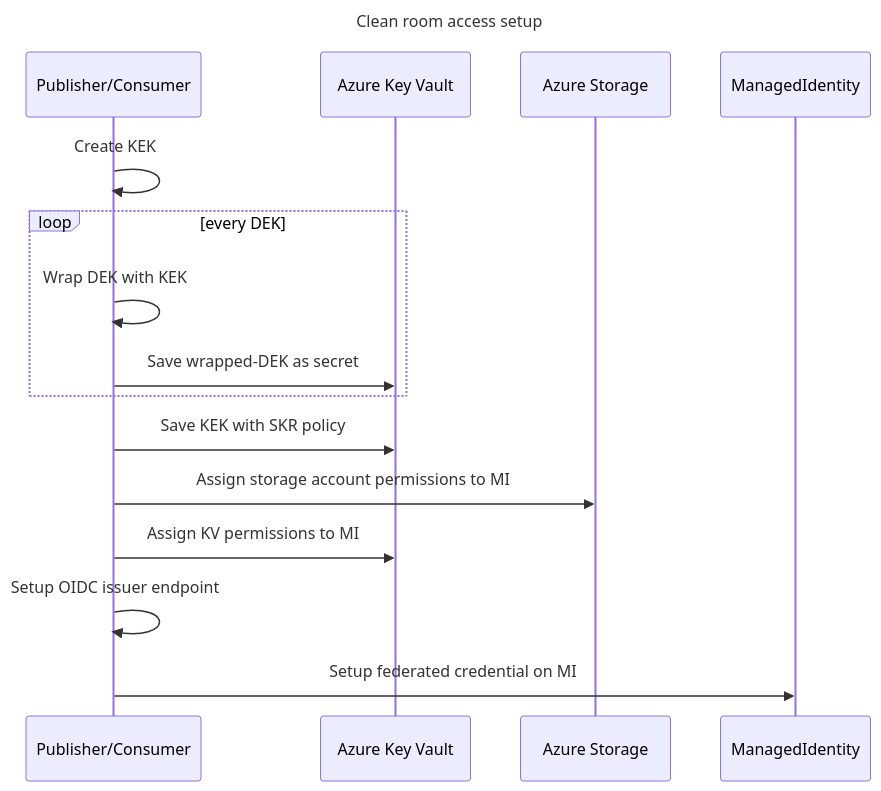
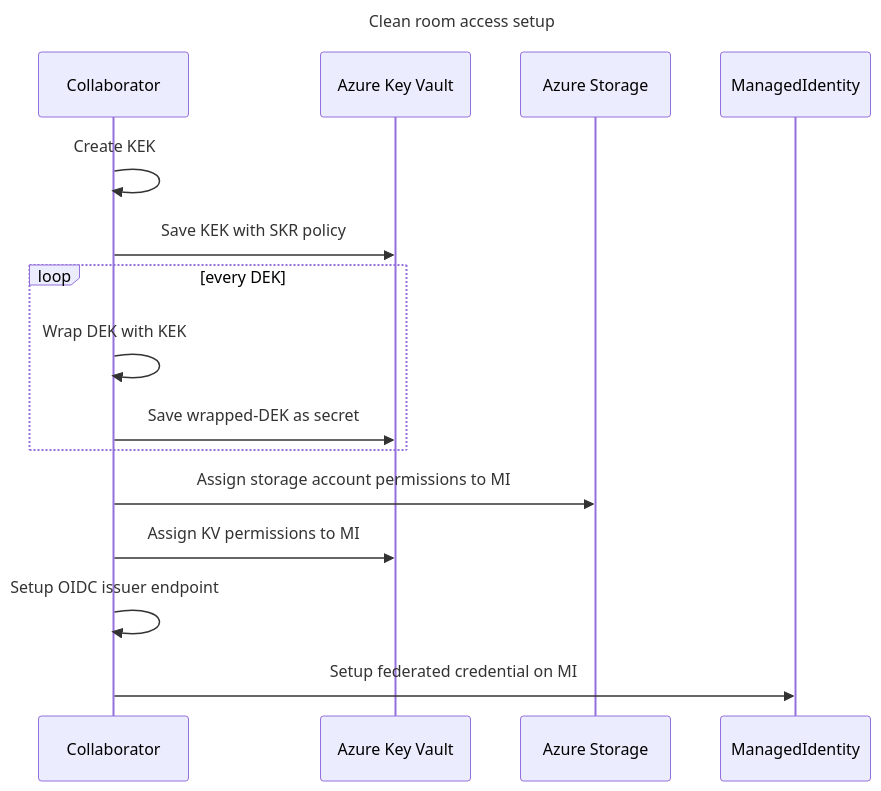
One commit to hprabh/azure-cleanroom-samples changed the fifth of 5 diagrams in README.md. Above: the diagram before and after it, drawn with Mermaid. The commit also changed other lines of this file and 3 other files, not shown here.

````diff
--- a/README.md
+++ b/README.md
@@ -613,19 +620,22 @@
 ```mermaid
 sequenceDiagram
     title Clean room access setup
-    participant m0 as Publisher/Consumer
+    participant m0 as Collaborator
     participant akv as Azure Key Vault
     participant storage as Azure Storage
     participant mi as ManagedIdentity
 
     m0->>m0: Create KEK
+    m0->>akv: Save KEK with SKR policy
+
     loop every DEK
-        m0->>m0: Wrap DEK with KEK
-        m0->>akv: Save wrapped-DEK as secret
+      m0->>m0: Wrap DEK with KEK
+      m0->>akv: Save wrapped-DEK as secret
     end
-    m0->>akv: Save KEK with SKR policy
+
     m0->>storage: Assign storage account permissions to MI
     m0->>akv: Assign KV permissions to MI
+
     m0->>m0: Setup OIDC issuer endpoint
     m0->>mi: Setup federated credential on MI
 ```
````
